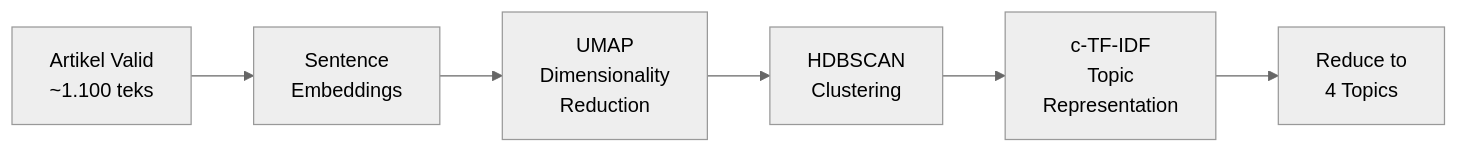
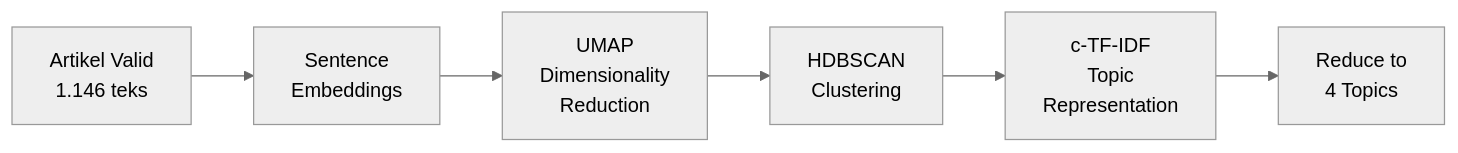
The third of 4 diagrams in Project A/PIPELINE_LPDP_NLP.md (MIqbalBY/PBA), drawn with Mermaid (neutral theme) before and after one commit. The commit also changed other lines of this file and 2 other files, not shown here.

````diff
--- a/Project A/PIPELINE_LPDP_NLP.md
+++ b/Project A/PIPELINE_LPDP_NLP.md
@@ -326,8 +385,8 @@
 ```mermaid
 flowchart LR
-    A["Artikel Valid\n~1.100 teks"] --> B["Sentence\nEmbeddings"]
+    A["Artikel Valid\n1.146 teks"] --> B["Sentence\nEmbeddings"]
     B --> C["UMAP\nDimensionality\nReduction"]
     C --> D["HDBSCAN\nClustering"]
     D --> E["c-TF-IDF\nTopic\nRepresentation"]
     E --> F["Reduce to\n4 Topics"]
 ```
````
